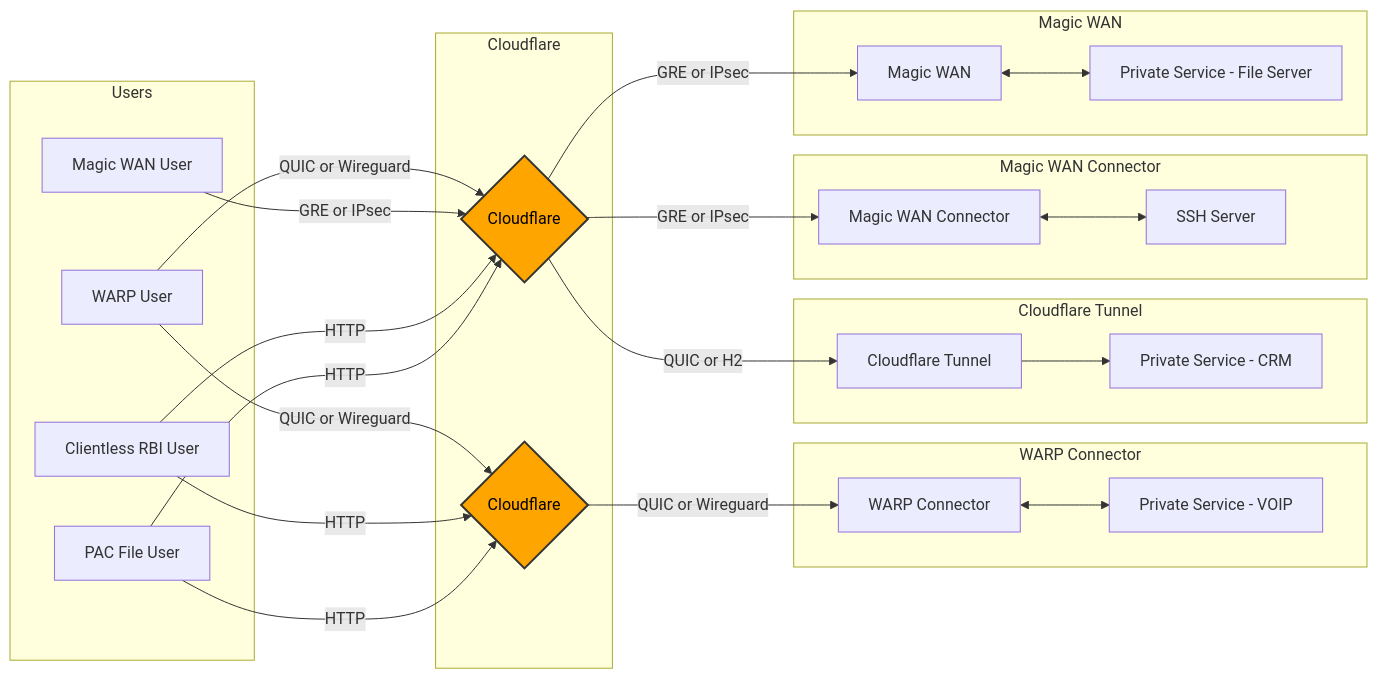
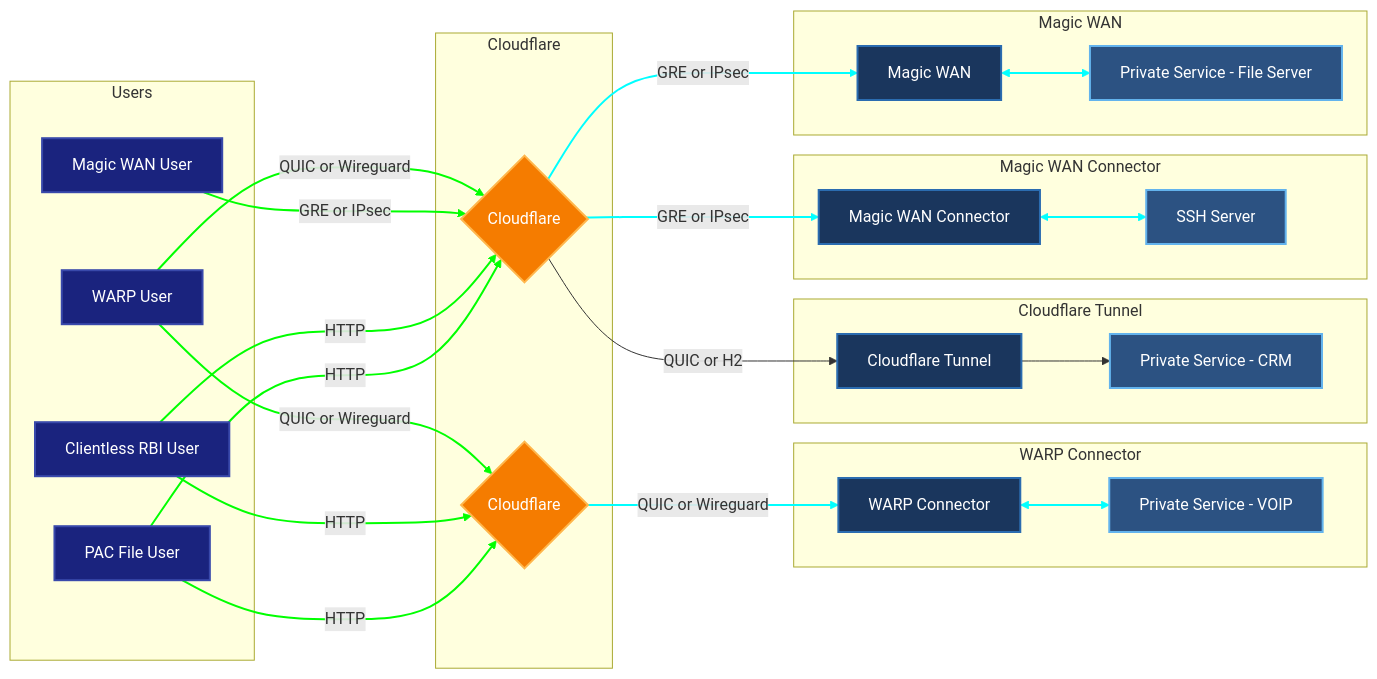
One commit to erfianugrah/lexicanum changed the diagram in src/content/docs/guides/magic-wan-interop.mdx. Above: the diagram before and after it, drawn with Mermaid.

Commit message:
update mermaid color scheme

````diff
--- a/src/content/docs/guides/magic-wan-interop.mdx
+++ b/src/content/docs/guides/magic-wan-interop.mdx
@@ -258,30 +258,49 @@
 ```mermaid
 graph LR;
-  classDef cloudflare fill:#FFA500,stroke:#333,stroke-width:2px,color:#000000;
+  %% Define styles
+  classDef cloudflare fill:#f57c00,stroke:#ffb74d,stroke-width:2px,color:#ffffff
+  classDef connector fill:#1a365d,stroke:#2b6cb0,stroke-width:2px,color:#ffffff
+  classDef service fill:#2c5282,stroke:#63b3ed,stroke-width:2px,color:#ffffff
+  classDef user fill:#1a237e,stroke:#3949ab,stroke-width:2px,color:#ffffff
+  
   subgraph Cloudflare
     K{Cloudflare}
     L{Cloudflare} 
-  class K,L cloudflare
   end
+  
   subgraph Users
     M[PAC File User] --> |HTTP| K
     M --> |HTTP| L
     N[Clientless RBI User] --> |HTTP| K
     N --> |HTTP| L
     F[Magic WAN User] --> |GRE or IPsec| K
     A[WARP User] --> |QUIC or Wireguard| K
     A --> |QUIC or Wireguard| L
   end
+  
   subgraph WARP Connector   
     L -->|QUIC or Wireguard| H[WARP Connector] <--> I[Private Service - VOIP]   
   end
+  
   subgraph Magic WAN
     K --> |GRE or IPsec| D[Magic WAN] <--> E[Private Service - File Server] 
   end
+  
   subgraph Magic WAN Connector
     K --> |GRE or IPsec| G[Magic WAN Connector] <--> J[SSH Server]
   end
+  
   subgraph Cloudflare Tunnel
     K --> |QUIC or H2| B[Cloudflare Tunnel] --> C[Private Service - CRM] 
   end
+
+  %% Apply classes
+  class K,L cloudflare
+  class M,N,F,A user
+  class H,D,G,B connector
+  class I,E,J,C service
+  
+  %% Connection styling
+  linkStyle 0,1,2,3,4,5,6 stroke:#00ff00,stroke-width:2px
+  linkStyle 7,8,9,10,11,12 stroke:#00ffff,stroke-width:2px
 ```
````
